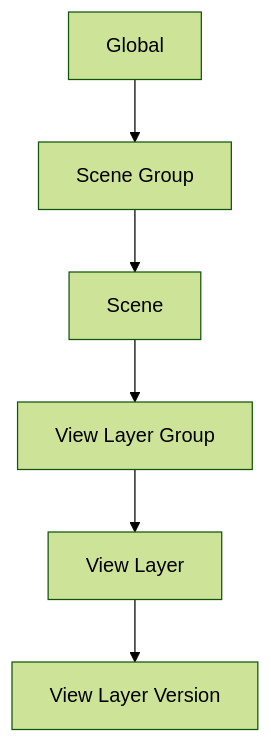
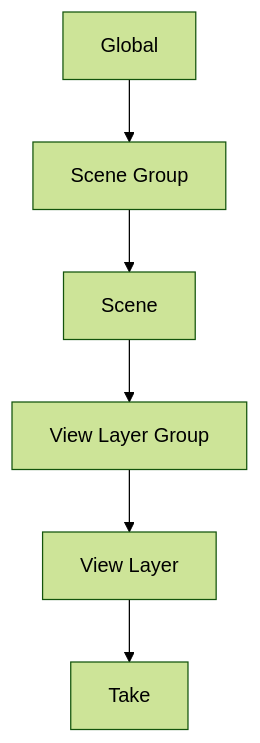
Before and after one commit to niwo-dev/Takes-for-Blender-Wiki: the diagram in docs/getting_started/first_steps.md, drawn with Mermaid (forest theme). The commit also changed 17 other files, not shown here.

````diff
--- a/docs/getting_started/first_steps.md
+++ b/docs/getting_started/first_steps.md
@@ -13,8 +13,8 @@
 ```mermaid
 graph TD
     Global[Global] --> SceneGrp[Scene Group]
     SceneGrp --> Scene[Scene]
     Scene --> LayerGroup[View Layer Group]
     LayerGroup --> Layer[View Layer]
-    Layer --> Version[View Layer Version]
+    Layer --> Take[Take]
 ```
````
